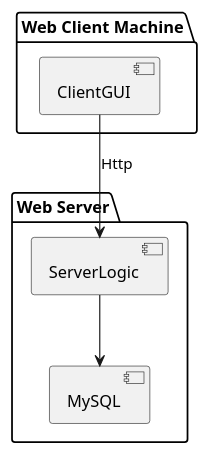
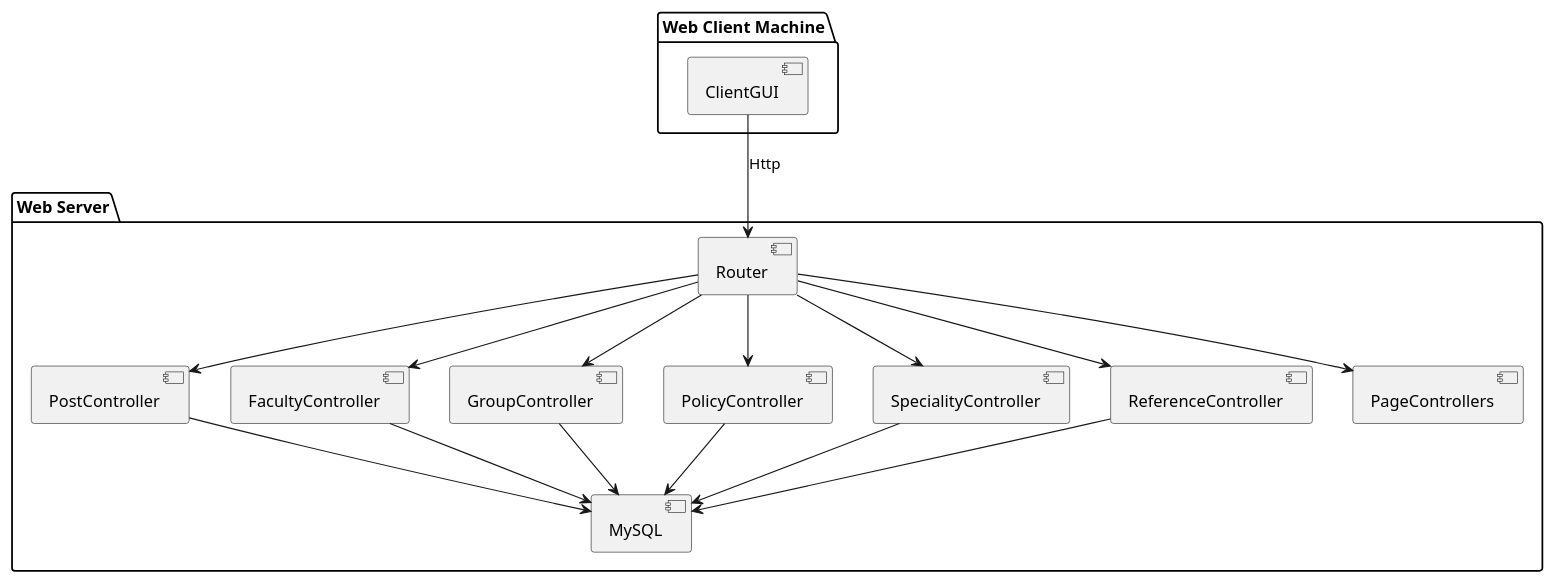
One commit to Alexpechonov/my_website changed the diagram in Diagrams/Component.puml. Above: the diagram before and after it, drawn with PlantUML. The commit also changed 3 other files, not shown here.

Commit message:
Change diagrams

```diff
--- a/Diagrams/Component.puml
+++ b/Diagrams/Component.puml
@@ -1,14 +1,33 @@
 @startuml
 
 package "Web Client Machine" {
 [ClientGUI]
 }
 
 package "Web Server" {
-[ServerLogic]
+[Router]
+[PostController]
+[FacultyController]
+[GroupController]
+[PolicyController]
+[SpecialityController]
+[ReferenceController]
+[PageControllers]
 [MySQL]
 }
 
-[ClientGUI] --> [ServerLogic] : Http
-[ServerLogic] --> [MySQL]
+[ClientGUI] --> [Router] : Http
+[Router] --> [PostController]
+[Router] --> [FacultyController]
+[Router] --> [GroupController]
+[Router] --> [PolicyController]
+[Router] --> [SpecialityController]
+[Router] --> [ReferenceController]
+[Router] --> [PageControllers]
+[PostController] --> [MySQL]
+[FacultyController] --> [MySQL]
+[GroupController] --> [MySQL]
+[PolicyController] --> [MySQL]
+[SpecialityController] --> [MySQL]
+[ReferenceController] --> [MySQL]
 @enduml
```
